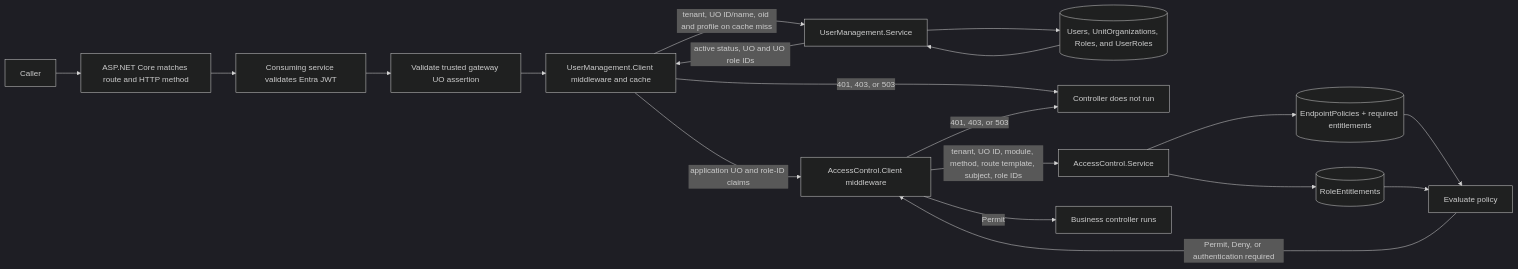
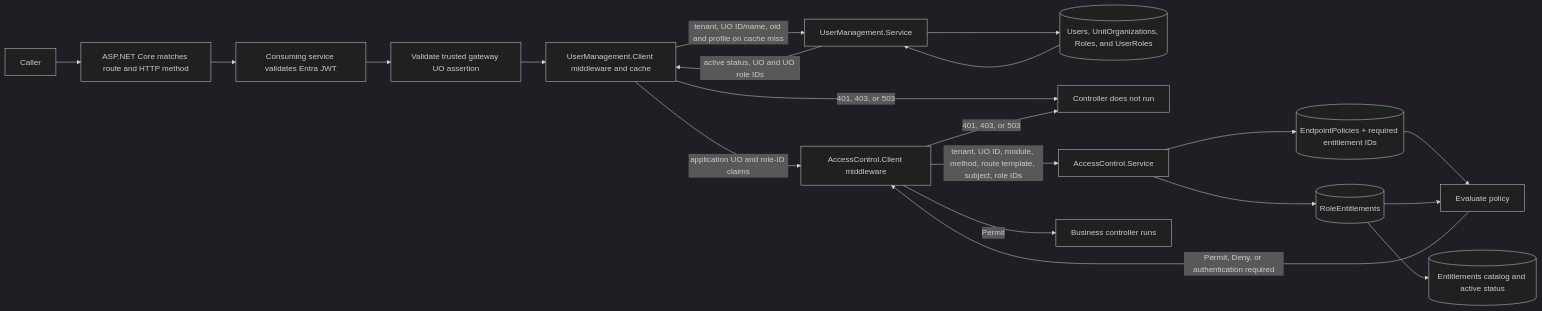
One commit to NMomchilo/AccessControl changed the diagram in docs/architecture.md. Above: the diagram before and after it, drawn with Mermaid (dark theme). The commit also changed other lines of this file and 64 other files, not shown here.

````diff
--- a/docs/architecture.md
+++ b/docs/architecture.md
@@ -9,21 +9,22 @@
 ```mermaid
 flowchart LR
     Caller[Caller] --> Route[ASP.NET Core matches route and HTTP method]
     Route --> Auth[Consuming service validates Entra JWT]
     Auth --> Gateway[Validate trusted gateway UO assertion]
     Gateway --> UserClient[UserManagement.Client middleware and cache]
     UserClient -->|tenant, UO ID/name, oid and profile on cache miss| UserApi[UserManagement.Service]
     UserApi --> Users[(Users, UnitOrganizations, Roles, and UserRoles)]
     Users --> UserApi
     UserApi -->|active status, UO and UO role IDs| UserClient
     UserClient -->|application UO and role-ID claims| NuGet[AccessControl.Client middleware]
     UserClient -->|401, 403, or 503| Stop[Controller does not run]
     NuGet -->|tenant, UO ID, module, method, route template, subject, role IDs| API[AccessControl.Service]
-    API --> Policy[(EndpointPolicies + required entitlements)]
+    API --> Policy[(EndpointPolicies + required entitlement IDs)]
     API --> Grants[(RoleEntitlements)]
+    Grants --> Catalog[(Entitlements catalog and active status)]
     Policy --> Evaluate[Evaluate policy]
     Grants --> Evaluate
     Evaluate -->|Permit, Deny, or authentication required| NuGet
     NuGet -->|Permit| Controller[Business controller runs]
     NuGet -->|401, 403, or 503| Stop[Controller does not run]
 ```
````
